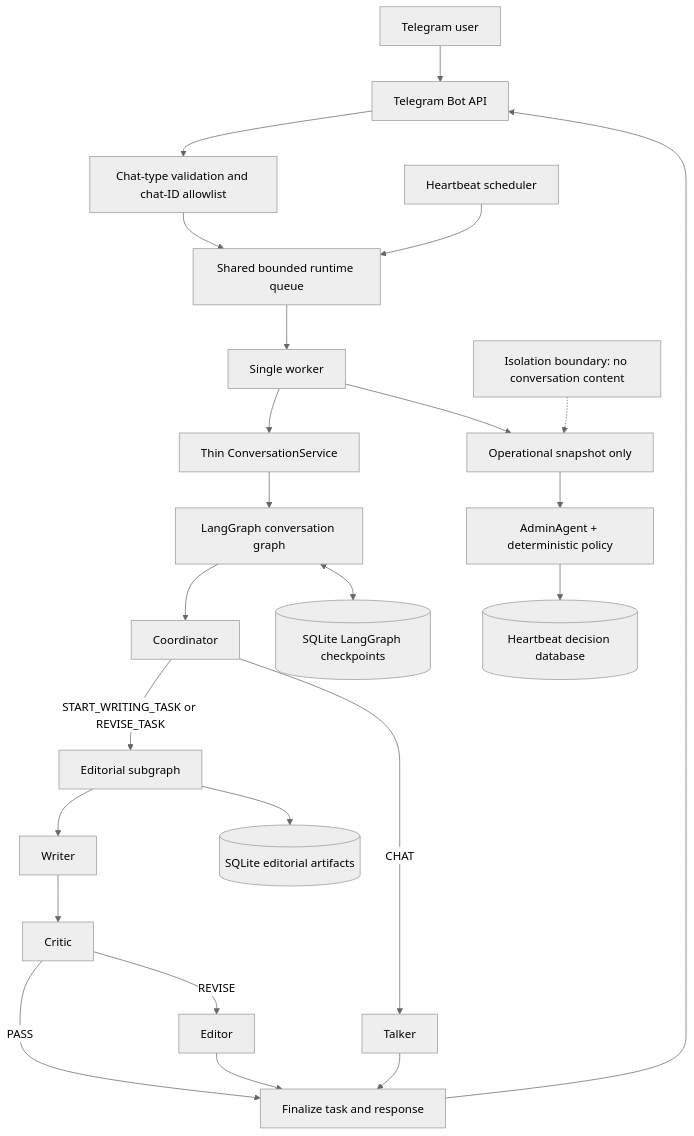
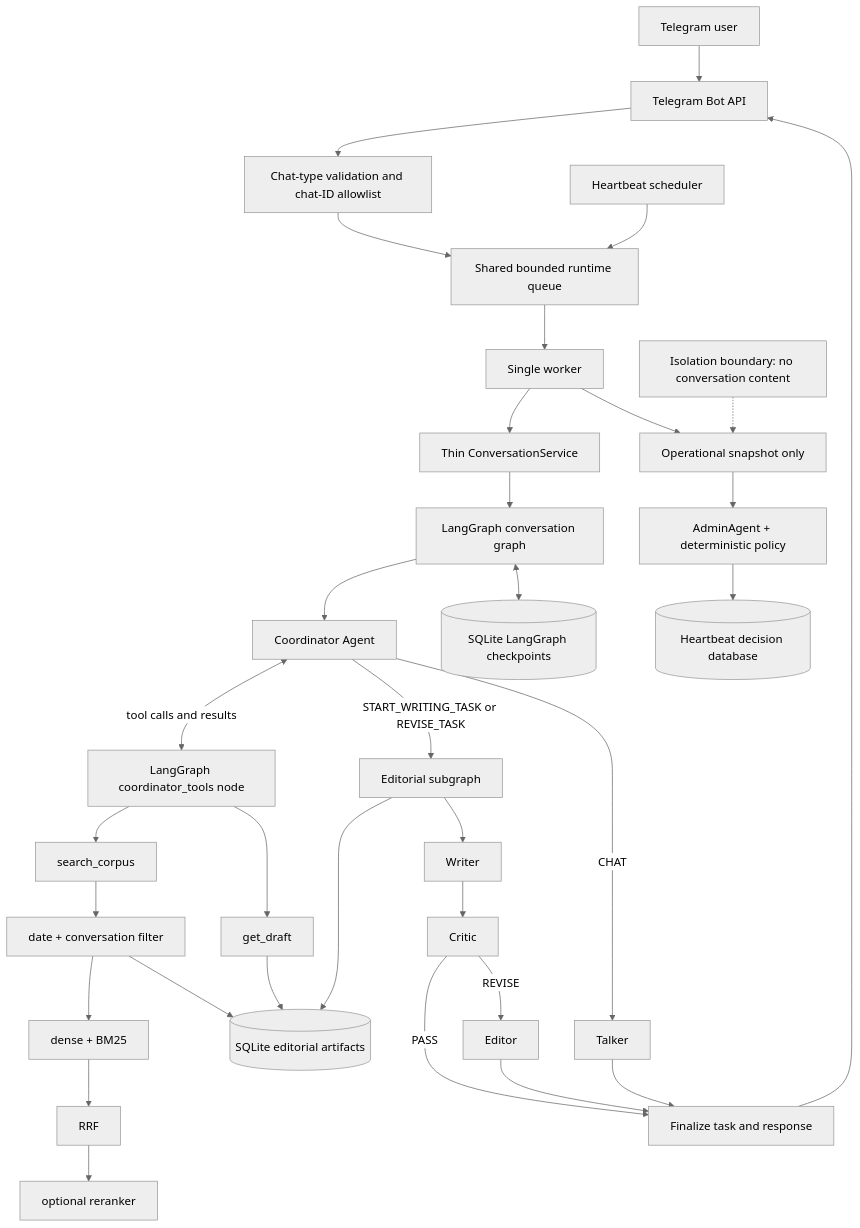
The first of 9 diagrams in README.md (camomilesson/editorial-team-v2), drawn with Mermaid (neutral theme) before and after one commit. The commit also changed other lines of this file and 20 other files, not shown here.

Commit message:
Integrate retrieval tools into Coordinator workflow

````diff
--- a/README.md
+++ b/README.md
@@ -139,28 +139,37 @@
 ```mermaid
 flowchart TD
     U["Telegram user"] --> TG["Telegram Bot API"]
     TG --> IN["Chat-type validation and chat-ID allowlist"]
     IN --> Q["Shared bounded runtime queue"]
     Q --> W["Single worker"]
     W --> CS["Thin ConversationService"]
     CS --> PG["LangGraph conversation graph"]
-    PG --> C["Coordinator"]
+    PG --> C["Coordinator Agent"]
+    C <-->|"tool calls and results"| TN["LangGraph coordinator_tools node"]
+    TN --> SC["search_corpus"]
+    TN --> GD["get_draft"]
+    SC --> RF["date + conversation filter"]
+    RF --> HY["dense + BM25"]
+    HY --> RRF["RRF"]
+    RRF --> RR["optional reranker"]
+    RF --> AS
+    GD --> AS
     C -->|"CHAT"| T["Talker"]
     C -->|"START_WRITING_TASK or REVISE_TASK"| ES["Editorial subgraph"]
     ES --> WR["Writer"]
     WR --> CR["Critic"]
     CR -->|"PASS"| DONE["Finalize task and response"]
     CR -->|"REVISE"| E["Editor"]
     E --> DONE
     T --> DONE
     DONE --> TG
 
     PG <--> DB[("SQLite LangGraph checkpoints")]
     ES --> AS[("SQLite editorial artifacts")]
 
     HB["Heartbeat scheduler"] --> Q
     W --> OS["Operational snapshot only"]
     OS --> AA["AdminAgent + deterministic policy"]
     AA --> HDB[("Heartbeat decision database")]
     ISO["Isolation boundary: no conversation content"] -.-> OS
 ```
````
